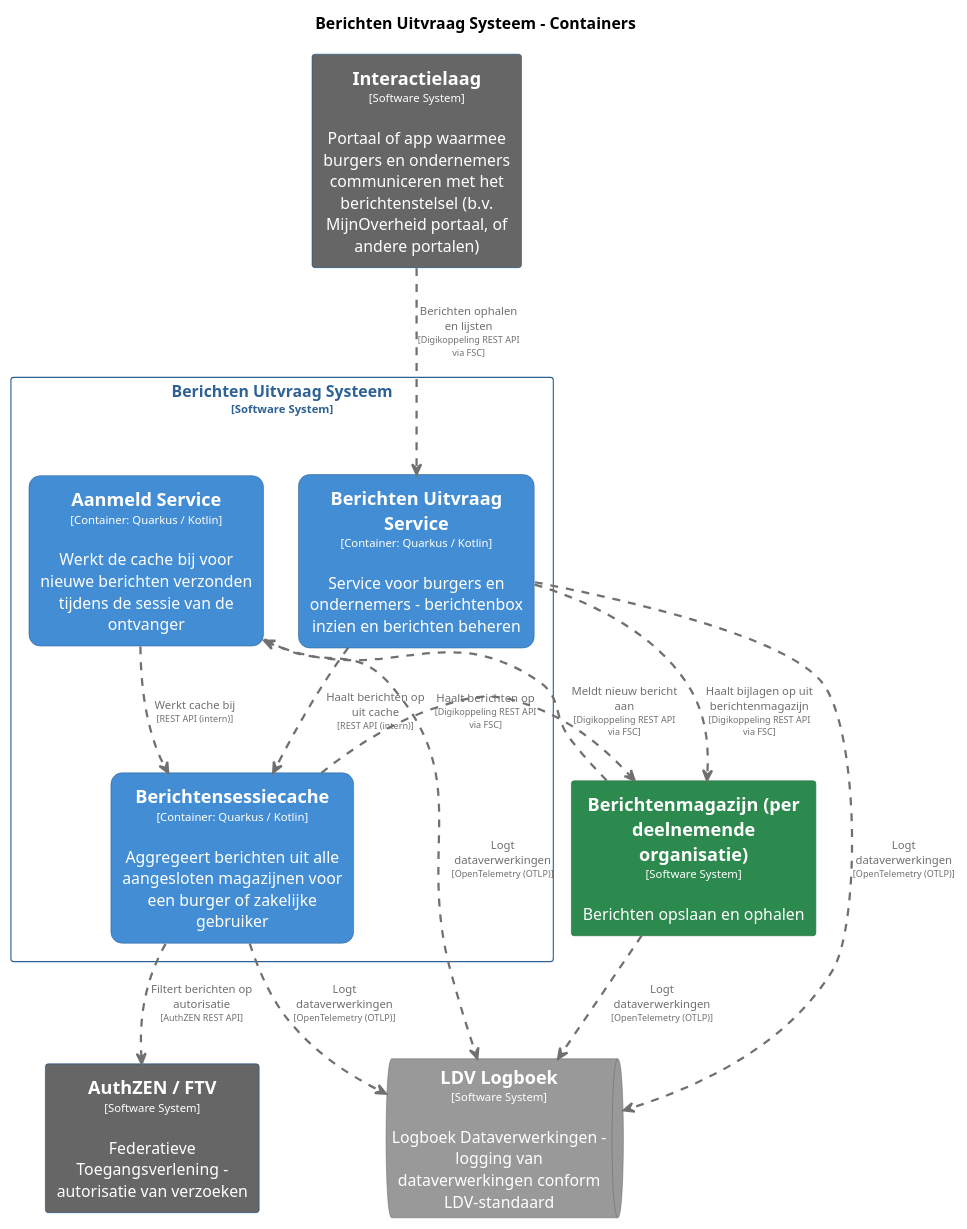
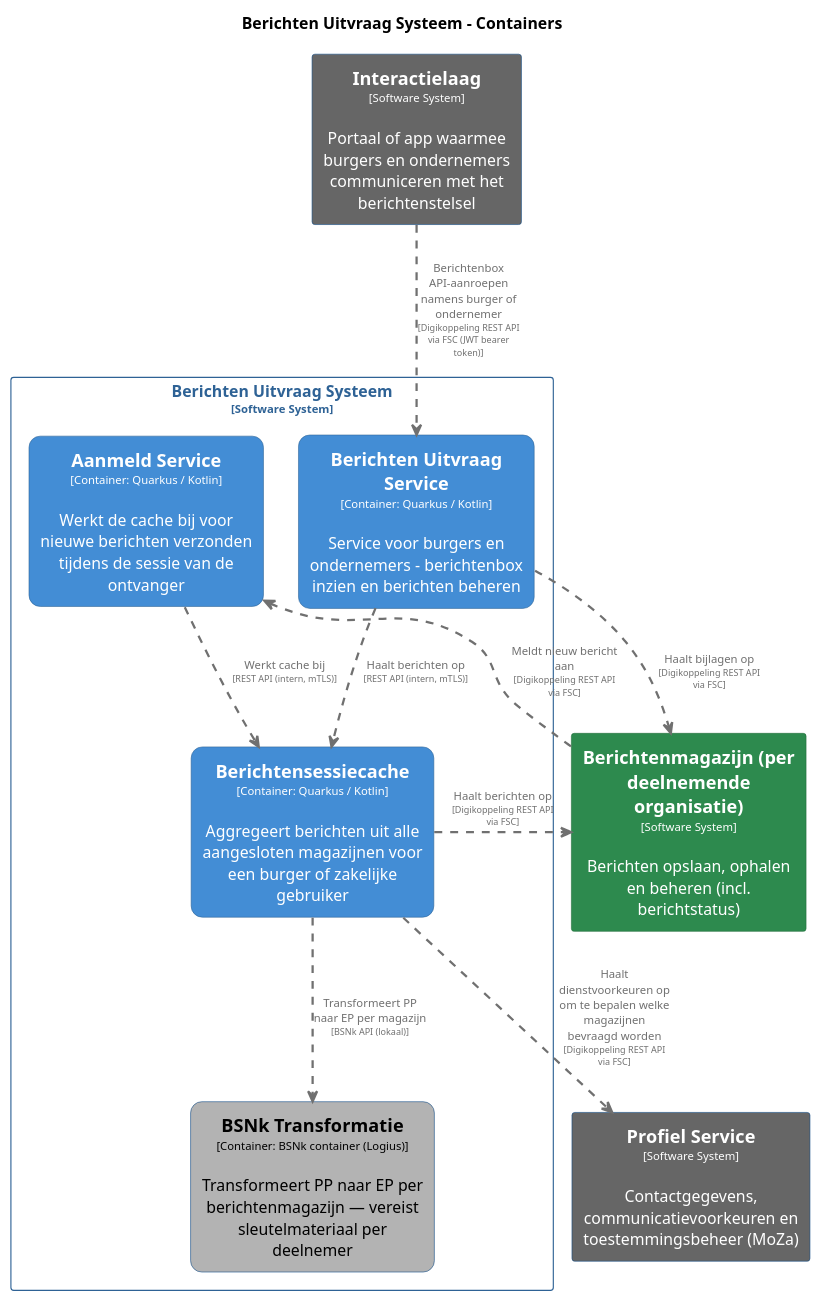
One commit to MinBZK/moza-poc-fbs-berichtenbox changed the diagram in master/puml/BerichtenUitvraagSysteemContainers.puml. Above: the diagram before and after it, drawn with PlantUML. The commit also changed 91 other files, not shown here.

```diff
--- a/master/puml/BerichtenUitvraagSysteemContainers.puml
+++ b/master/puml/BerichtenUitvraagSysteemContainers.puml
@@ -1,91 +1,89 @@
 @startuml
 set separator none
 title Berichten Uitvraag Systeem - Containers
 
 top to bottom direction
 skinparam ranksep 60
 skinparam nodesep 30
 
 skinparam {
   arrowFontSize 10
   defaultTextAlignment center
   wrapWidth 200
   maxMessageSize 100
 }
 
 hide stereotype
 
 skinparam rectangle<<BerichtenUitvraagSysteem.AanmeldService>> {
   BackgroundColor #438dd5
   FontColor #ffffff
   BorderColor #2e6295
   roundCorner 20
   shadowing false
 }
-skinparam rectangle<<AuthZENFTV>> {
-  BackgroundColor #666666
-  FontColor #ffffff
+skinparam rectangle<<BerichtenUitvraagSysteem.BSNkTransformatie>> {
+  BackgroundColor #b3b3b3
+  FontColor #000000
   BorderColor #0b4884
+  roundCorner 20
   shadowing false
 }
 skinparam rectangle<<BerichtenUitvraagSysteem.BerichtenUitvraagService>> {
   BackgroundColor #438dd5
   FontColor #ffffff
   BorderColor #2e6295
   roundCorner 20
   shadowing false
 }
 skinparam rectangle<<Berichtenmagazijnperdeelnemendeorganisatie>> {
   BackgroundColor #2d8a4e
   FontColor #ffffff
   BorderColor #1e6b38
   shadowing false
 }
 skinparam rectangle<<BerichtenUitvraagSysteem.Berichtensessiecache>> {
   BackgroundColor #438dd5
   FontColor #ffffff
   BorderColor #2e6295
   roundCorner 20
   shadowing false
 }
 skinparam rectangle<<Interactielaag>> {
   BackgroundColor #666666
   FontColor #ffffff
   BorderColor #0b4884
   shadowing false
 }
-skinparam queue<<LDVLogboek>> {
-  BackgroundColor #999999
+skinparam rectangle<<ProfielService>> {
+  BackgroundColor #666666
   FontColor #ffffff
-  BorderColor #6b6b6b
+  BorderColor #0b4884
   shadowing false
 }
 skinparam rectangle<<BerichtenUitvraagSysteem>> {
   BorderColor #2e6295
   FontColor #2e6295
   shadowing false
 }
 
-rectangle "==AuthZEN / FTV\n<size:10>[Software System]</size>\n\nFederatieve Toegangsverlening - autorisatie van verzoeken" <<AuthZENFTV>> as AuthZENFTV
-rectangle "==Interactielaag\n<size:10>[Software System]</size>\n\nPortaal of app waarmee burgers en ondernemers communiceren met het berichtenstelsel (b.v. MijnOverheid portaal, of andere portalen)" <<Interactielaag>> as Interactielaag
-rectangle "==Berichtenmagazijn (per deelnemende organisatie)\n<size:10>[Software System]</size>\n\nBerichten opslaan en ophalen" <<Berichtenmagazijnperdeelnemendeorganisatie>> as Berichtenmagazijnperdeelnemendeorganisatie
-queue "==LDV Logboek\n<size:10>[Software System]</size>\n\nLogboek Dataverwerkingen - logging van dataverwerkingen conform LDV-standaard" <<LDVLogboek>> as LDVLogboek
+rectangle "==Profiel Service\n<size:10>[Software System]</size>\n\nContactgegevens, communicatievoorkeuren en toestemmingsbeheer (MoZa)" <<ProfielService>> as ProfielService
+rectangle "==Interactielaag\n<size:10>[Software System]</size>\n\nPortaal of app waarmee burgers en ondernemers communiceren met het berichtenstelsel" <<Interactielaag>> as Interactielaag
+rectangle "==Berichtenmagazijn (per deelnemende organisatie)\n<size:10>[Software System]</size>\n\nBerichten opslaan, ophalen en beheren (incl. berichtstatus)" <<Berichtenmagazijnperdeelnemendeorganisatie>> as Berichtenmagazijnperdeelnemendeorganisatie
 
 rectangle "Berichten Uitvraag Systeem\n<size:10>[Software System]</size>" <<BerichtenUitvraagSysteem>> {
   rectangle "==Berichtensessiecache\n<size:10>[Container: Quarkus / Kotlin]</size>\n\nAggregeert berichten uit alle aangesloten magazijnen voor een burger of zakelijke gebruiker" <<BerichtenUitvraagSysteem.Berichtensessiecache>> as BerichtenUitvraagSysteem.Berichtensessiecache
   rectangle "==Berichten Uitvraag Service\n<size:10>[Container: Quarkus / Kotlin]</size>\n\nService voor burgers en ondernemers - berichtenbox inzien en berichten beheren" <<BerichtenUitvraagSysteem.BerichtenUitvraagService>> as BerichtenUitvraagSysteem.BerichtenUitvraagService
+  rectangle "==BSNk Transformatie\n<size:10>[Container: BSNk container (Logius)]</size>\n\nTransformeert PP naar EP per berichtenmagazijn — vereist sleutelmateriaal per deelnemer" <<BerichtenUitvraagSysteem.BSNkTransformatie>> as BerichtenUitvraagSysteem.BSNkTransformatie
   rectangle "==Aanmeld Service\n<size:10>[Container: Quarkus / Kotlin]</size>\n\nWerkt de cache bij voor nieuwe berichten verzonden tijdens de sessie van de ontvanger" <<BerichtenUitvraagSysteem.AanmeldService>> as BerichtenUitvraagSysteem.AanmeldService
 }
 
-BerichtenUitvraagSysteem.Berichtensessiecache .[#707070,thickness=2].> LDVLogboek : "<color:#707070>Logt dataverwerkingen\n<color:#707070><size:8>[OpenTelemetry (OTLP)]</size>"
-BerichtenUitvraagSysteem.AanmeldService .[#707070,thickness=2].> LDVLogboek : "<color:#707070>Logt dataverwerkingen\n<color:#707070><size:8>[OpenTelemetry (OTLP)]</size>"
-BerichtenUitvraagSysteem.BerichtenUitvraagService .[#707070,thickness=2].> LDVLogboek : "<color:#707070>Logt dataverwerkingen\n<color:#707070><size:8>[OpenTelemetry (OTLP)]</size>"
-BerichtenUitvraagSysteem.AanmeldService .[#707070,thickness=2].> BerichtenUitvraagSysteem.Berichtensessiecache : "<color:#707070>Werkt cache bij\n<color:#707070><size:8>[REST API (intern)]</size>"
-BerichtenUitvraagSysteem.BerichtenUitvraagService .[#707070,thickness=2].> BerichtenUitvraagSysteem.Berichtensessiecache : "<color:#707070>Haalt berichten op uit cache\n<color:#707070><size:8>[REST API (intern)]</size>"
-Interactielaag .[#707070,thickness=2].> BerichtenUitvraagSysteem.BerichtenUitvraagService : "<color:#707070>Berichten ophalen en lijsten\n<color:#707070><size:8>[Digikoppeling REST API via FSC]</size>"
-BerichtenUitvraagSysteem.BerichtenUitvraagService .[#707070,thickness=2].> Berichtenmagazijnperdeelnemendeorganisatie : "<color:#707070>Haalt bijlagen op uit berichtenmagazijn\n<color:#707070><size:8>[Digikoppeling REST API via FSC]</size>"
 Berichtenmagazijnperdeelnemendeorganisatie .[#707070,thickness=2].> BerichtenUitvraagSysteem.AanmeldService : "<color:#707070>Meldt nieuw bericht aan\n<color:#707070><size:8>[Digikoppeling REST API via FSC]</size>"
-BerichtenUitvraagSysteem.Berichtensessiecache .[#707070,thickness=2].> AuthZENFTV : "<color:#707070>Filtert berichten op autorisatie\n<color:#707070><size:8>[AuthZEN REST API]</size>"
+BerichtenUitvraagSysteem.Berichtensessiecache .[#707070,thickness=2].> ProfielService : "<color:#707070>Haalt dienstvoorkeuren op om te bepalen welke magazijnen bevraagd worden\n<color:#707070><size:8>[Digikoppeling REST API via FSC]</size>"
 BerichtenUitvraagSysteem.Berichtensessiecache .[#707070,thickness=2].> Berichtenmagazijnperdeelnemendeorganisatie : "<color:#707070>Haalt berichten op\n<color:#707070><size:8>[Digikoppeling REST API via FSC]</size>"
-Berichtenmagazijnperdeelnemendeorganisatie .[#707070,thickness=2].> LDVLogboek : "<color:#707070>Logt dataverwerkingen\n<color:#707070><size:8>[OpenTelemetry (OTLP)]</size>"
+BerichtenUitvraagSysteem.Berichtensessiecache .[#707070,thickness=2].> BerichtenUitvraagSysteem.BSNkTransformatie : "<color:#707070>Transformeert PP naar EP per magazijn\n<color:#707070><size:8>[BSNk API (lokaal)]</size>"
+BerichtenUitvraagSysteem.AanmeldService .[#707070,thickness=2].> BerichtenUitvraagSysteem.Berichtensessiecache : "<color:#707070>Werkt cache bij\n<color:#707070><size:8>[REST API (intern, mTLS)]</size>"
+BerichtenUitvraagSysteem.BerichtenUitvraagService .[#707070,thickness=2].> BerichtenUitvraagSysteem.Berichtensessiecache : "<color:#707070>Haalt berichten op\n<color:#707070><size:8>[REST API (intern, mTLS)]</size>"
+Interactielaag .[#707070,thickness=2].> BerichtenUitvraagSysteem.BerichtenUitvraagService : "<color:#707070>Berichtenbox API-aanroepen namens burger of ondernemer\n<color:#707070><size:8>[Digikoppeling REST API via FSC (JWT bearer token)]</size>"
+BerichtenUitvraagSysteem.BerichtenUitvraagService .[#707070,thickness=2].> Berichtenmagazijnperdeelnemendeorganisatie : "<color:#707070>Haalt bijlagen op\n<color:#707070><size:8>[Digikoppeling REST API via FSC]</size>"
 @enduml
```
